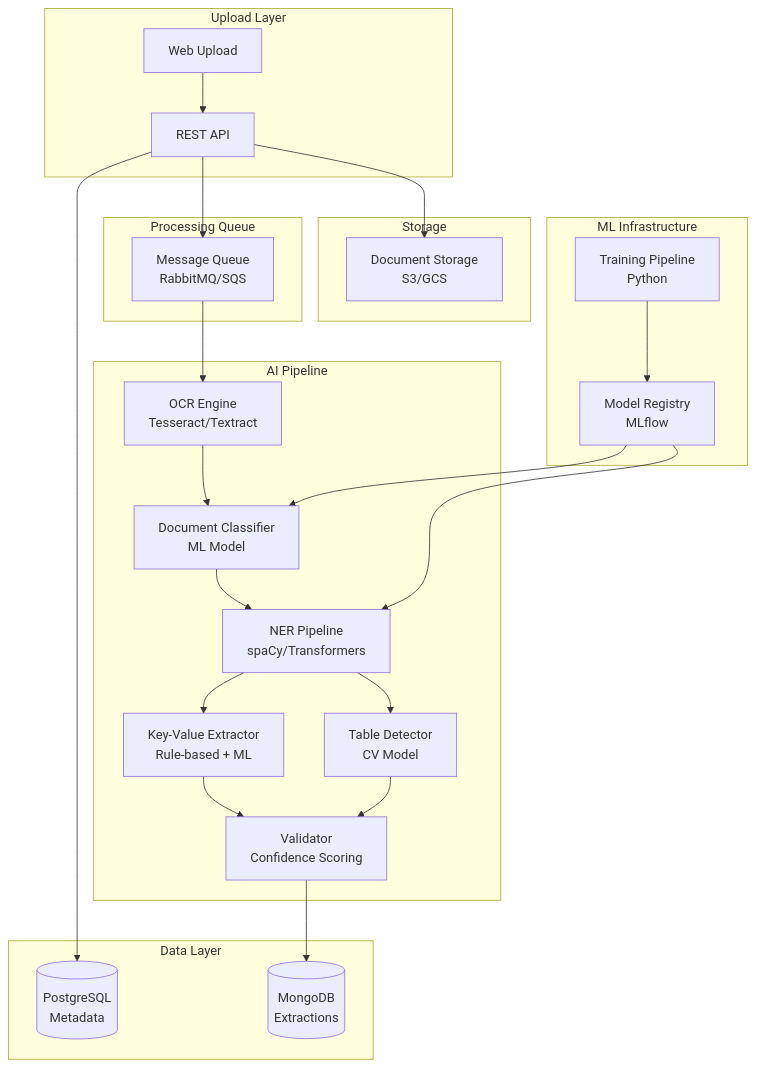
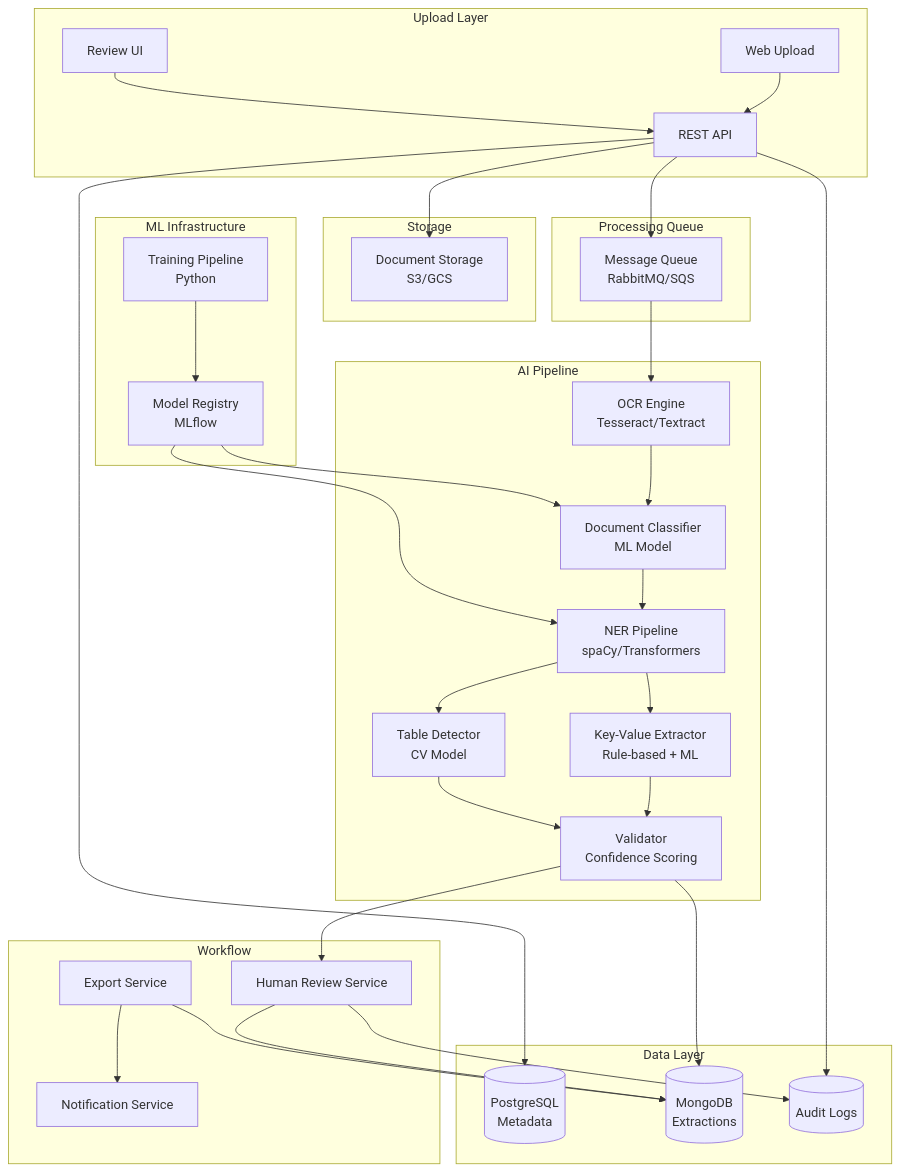
One commit to 0Ankit0/Project-Ideas changed the diagram in Document Intelligence System/high-level-design/architecture-diagram.md. Above: the diagram before and after it, drawn with Mermaid. The commit also changed 21 other files, not shown here.

````diff
--- a/Document Intelligence System/high-level-design/architecture-diagram.md
+++ b/Document Intelligence System/high-level-design/architecture-diagram.md
@@ -5,53 +5,68 @@
 ```mermaid
 graph TB
     subgraph "Upload Layer"
         WEB[Web Upload]
         API[REST API]
+        REVIEW_UI[Review UI]
     end
     
     subgraph "Storage"
         S3[Document Storage<br/>S3/GCS]
     end
     
     subgraph "Processing Queue"
         QUEUE[Message Queue<br/>RabbitMQ/SQS]
     end
     
     subgraph "AI Pipeline"
         OCR[OCR Engine<br/>Tesseract/Textract]
         CLASSIFIER[Document Classifier<br/>ML Model]
         NER[NER Pipeline<br/>spaCy/Transformers]
         KV[Key-Value Extractor<br/>Rule-based + ML]
         TABLE[Table Detector<br/>CV Model]
         VALIDATOR[Validator<br/>Confidence Scoring]
     end
+
+    subgraph "Workflow"
+        REVIEW[Human Review Service]
+        EXPORT[Export Service]
+        NOTIF[Notification Service]
+    end
     
     subgraph "Data Layer"
         DB[(PostgreSQL<br/>Metadata)]
         RESULTS[(MongoDB<br/>Extractions)]
+        AUDIT[(Audit Logs)]
     end
     
     subgraph "ML Infrastructure"
         MODELS[Model Registry<br/>MLflow]
         TRAINING[Training Pipeline<br/>Python]
     end
     
     WEB --> API
     API --> S3
     API --> QUEUE
+    REVIEW_UI --> API
     
     QUEUE --> OCR
     OCR --> CLASSIFIER
     CLASSIFIER --> NER
     NER --> KV
     NER --> TABLE
     KV --> VALIDATOR
     TABLE --> VALIDATOR
     
     VALIDATOR --> RESULTS
+    VALIDATOR --> REVIEW
+    REVIEW --> RESULTS
+    REVIEW --> AUDIT
+    EXPORT --> RESULTS
+    EXPORT --> NOTIF
     API --> DB
+    API --> AUDIT
     
     MODELS --> CLASSIFIER
     MODELS --> NER
     TRAINING --> MODELS
 ```
````
